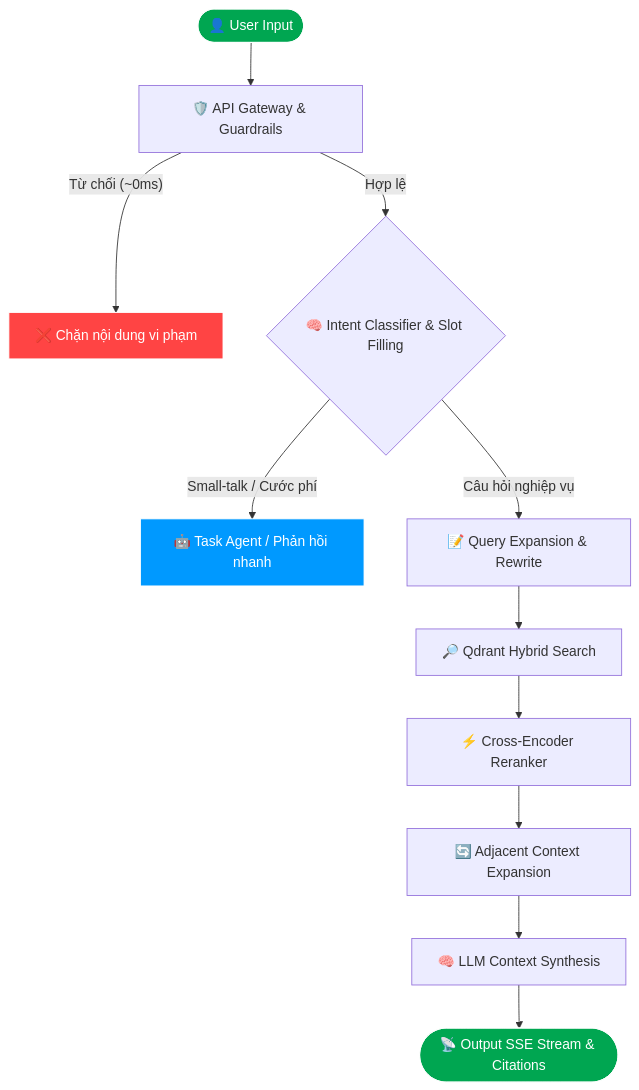
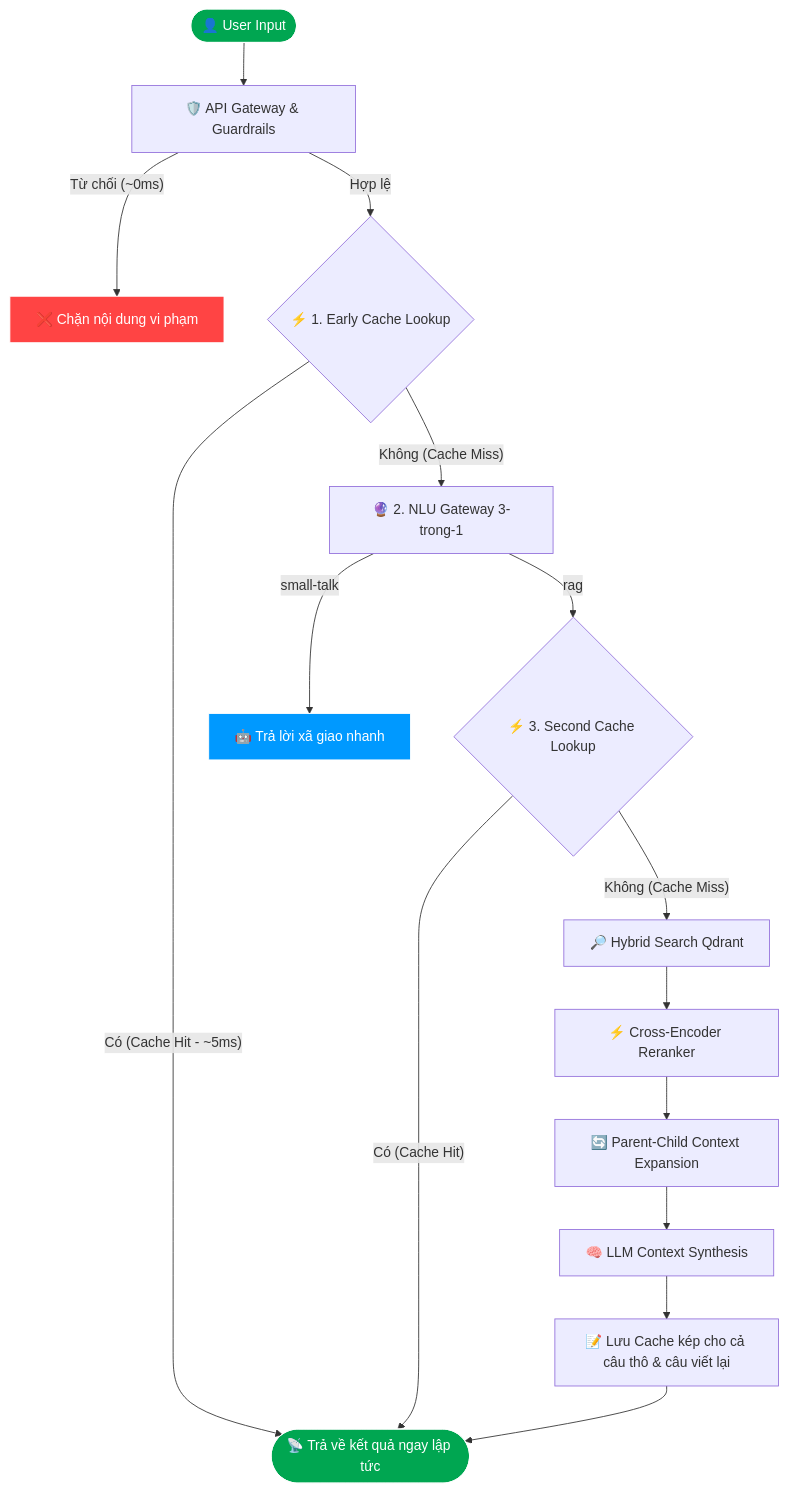
One commit to dungltcn272/XANH_SM_AI_ASSISTANT_V1 changed the diagram in README.md. Above: the diagram before and after it, drawn with Mermaid. The commit also changed other lines of this file and 22 other files, not shown here.

````diff
--- a/README.md
+++ b/README.md
@@ -67,22 +86,32 @@
 ```mermaid
 graph TD
     A([👤 User Input]) --> B[🛡️ API Gateway & Guardrails]
     B -- "Từ chối (~0ms)" --> Block[❌ Chặn nội dung vi phạm]
-    B -- "Hợp lệ" --> C{🧠 Intent Classifier & Slot Filling}
+    B -- "Hợp lệ" --> C{⚡ 1. Early Cache Lookup}
     
-    %% Bypass luồng RAG
-    C -- "Small-talk / Cước phí" --> Task[🤖 Task Agent / Phản hồi nhanh]
+    %% Cache Hit từ câu hỏi gốc
+    C -- "Có (Cache Hit - ~5ms)" --> I([📡 Trả về kết quả ngay lập tức])
     
-    %% Luồng RAG Chính
-    C -- "Câu hỏi nghiệp vụ" --> D[📝 Query Expansion & Rewrite]
-    D --> E[🔎 Qdrant Hybrid Search]
-    E --> F[⚡ Cross-Encoder Reranker]
-    F --> G[🔄 Adjacent Context Expansion]
-    G --> H[🧠 LLM Context Synthesis]
-    H --> I([📡 Output SSE Stream & Citations])
+    %% Cache Miss
+    C -- "Không (Cache Miss)" --> D[🔮 2. NLU Gateway 3-trong-1]
+    
+    %% Phân nhánh Ý định
+    D -- "small-talk" --> Stalk[🤖 Trả lời xã giao nhanh]
+    D -- "rag" --> E{⚡ 3. Second Cache Lookup}
+    
+    %% Cache Hit từ câu hỏi đã viết lại
+    E -- "Có (Cache Hit)" --> I
+    
+    %% Luồng RAG đầy đủ
+    E -- "Không (Cache Miss)" --> F[🔎 Hybrid Search Qdrant]
+    F --> G[⚡ Cross-Encoder Reranker]
+    G --> H[🔄 Parent-Child Context Expansion]
+    H --> J[🧠 LLM Context Synthesis]
+    J --> K[📝 Lưu Cache kép cho cả câu thô & câu viết lại]
+    K --> I
     
     style A fill:#00A651,stroke:#fff,color:#fff
     style I fill:#00A651,stroke:#fff,color:#fff
     style Block fill:#ff4444,stroke:#fff,color:#fff
-    style Task fill:#0099ff,stroke:#fff,color:#fff
+    style Stalk fill:#0099ff,stroke:#fff,color:#fff
 ```
````
